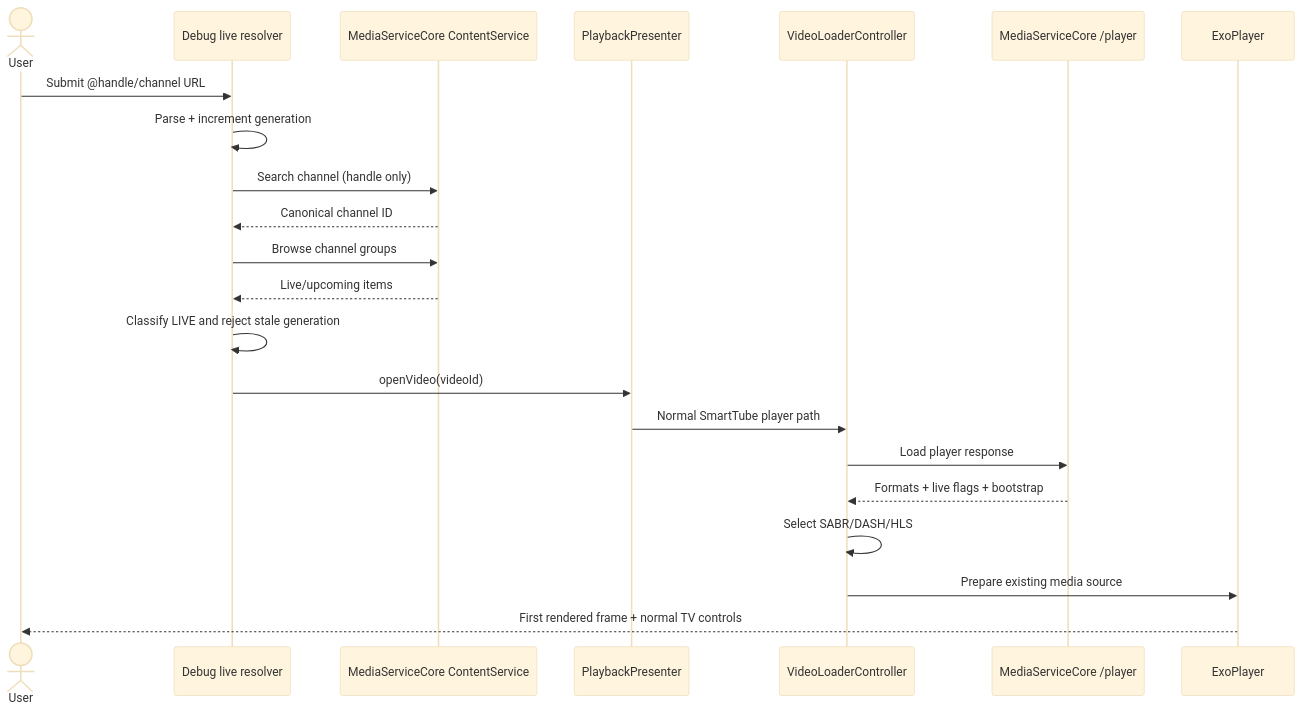
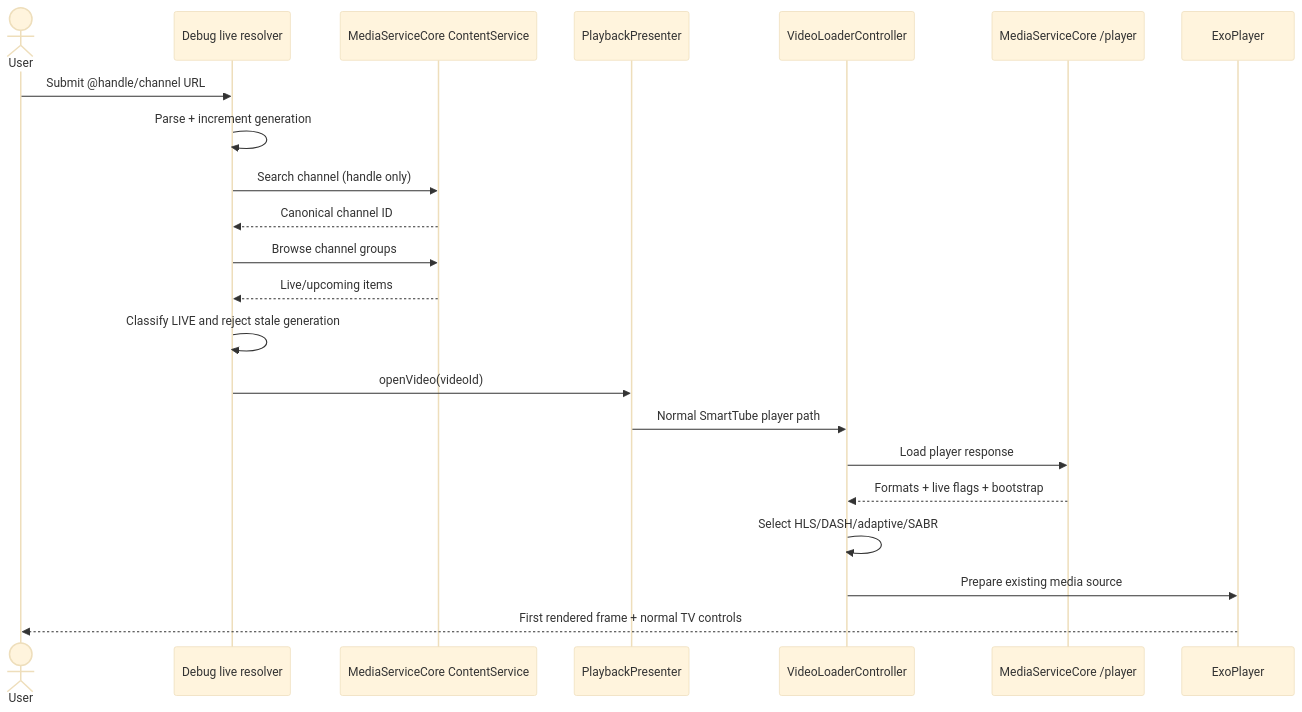
The second of 4 diagrams in docs/youtube-live-channel-playback.md (yuliskov/SmartTube), drawn with Mermaid (base theme) before and after one commit. The commit also changed other lines of this file, not shown here.

````diff
--- a/docs/youtube-live-channel-playback.md
+++ b/docs/youtube-live-channel-playback.md
@@ -156,24 +158,24 @@
 ```mermaid
 sequenceDiagram
     actor User
     participant H as Debug live resolver
     participant C as MediaServiceCore ContentService
     participant P as PlaybackPresenter
     participant L as VideoLoaderController
     participant Y as MediaServiceCore /player
     participant X as ExoPlayer
     User->>H: Submit @handle/channel URL
     H->>H: Parse + increment generation
     H->>C: Search channel (handle only)
     C-->>H: Canonical channel ID
     H->>C: Browse channel groups
     C-->>H: Live/upcoming items
     H->>H: Classify LIVE and reject stale generation
     H->>P: openVideo(videoId)
     P->>L: Normal SmartTube player path
     L->>Y: Load player response
     Y-->>L: Formats + live flags + bootstrap
-    L->>L: Select SABR/DASH/HLS
+    L->>L: Select HLS/DASH/adaptive/SABR
     L->>X: Prepare existing media source
     X-->>User: First rendered frame + normal TV controls
 ```
````
